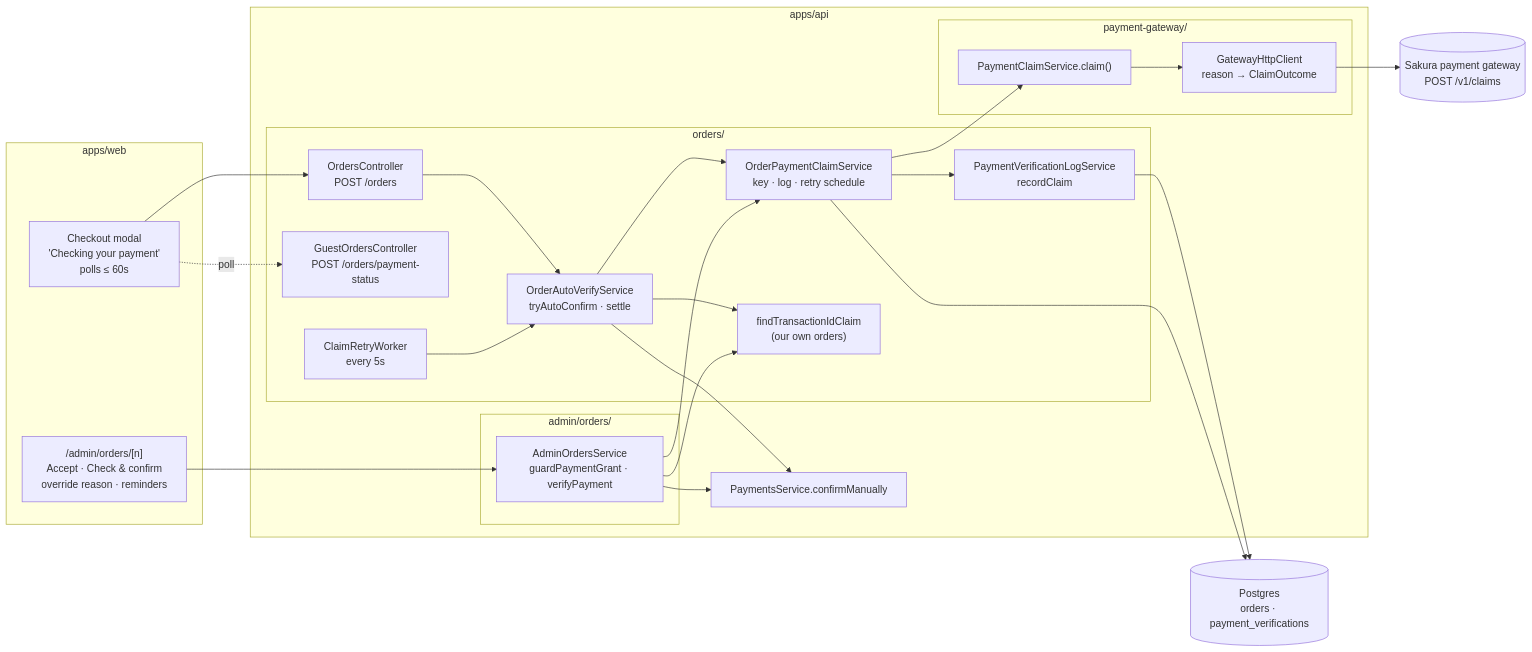
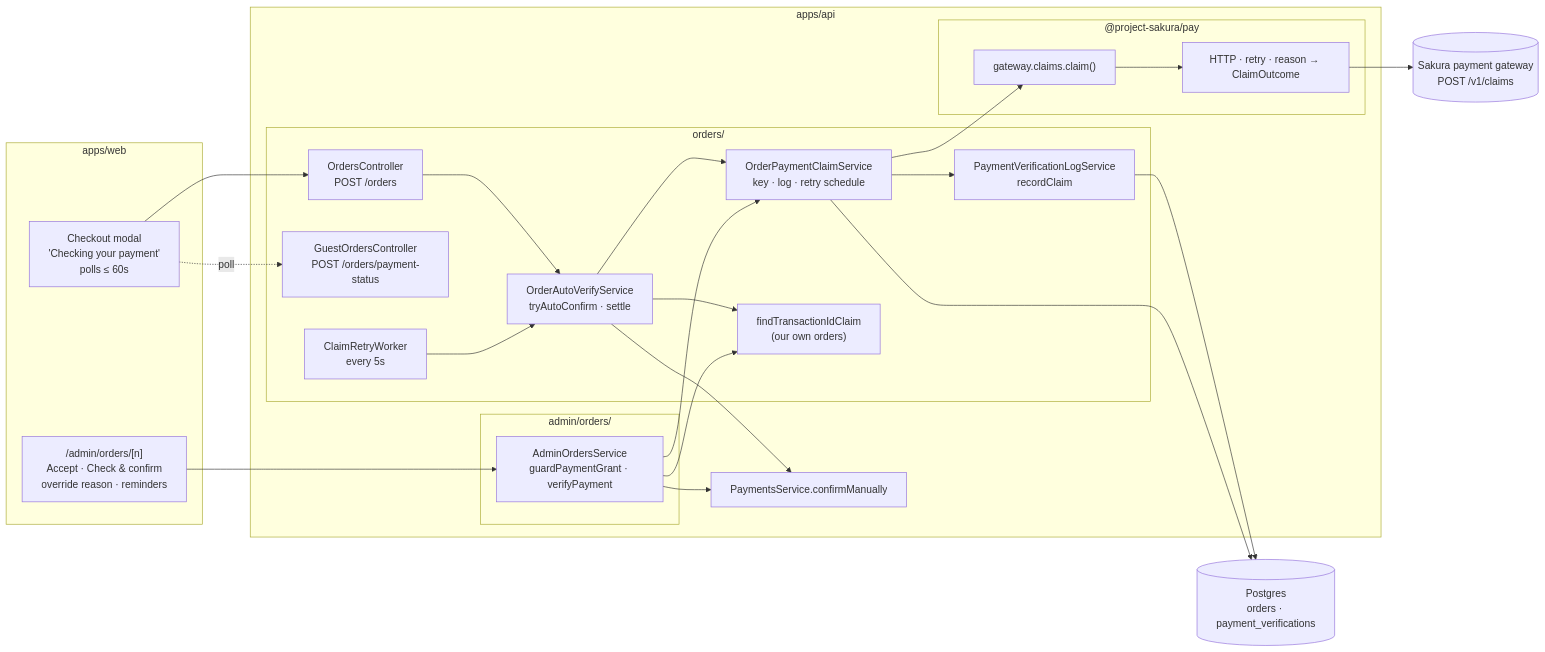
One commit to mrahmann0010/Sakura-Book changed the first of 2 diagrams in docs/payment-gateway-claims.md. Above: the diagram before and after it, drawn with Mermaid. The commit also changed other lines of this file and 29 other files, not shown here.

First line of the commit message:
Replace the in-house gateway client with @project-sakura/pay

````diff
--- a/docs/payment-gateway-claims.md
+++ b/docs/payment-gateway-claims.md
@@ -33,44 +33,44 @@
 ```mermaid
 flowchart LR
   subgraph web["apps/web"]
     Modal["Checkout modal<br/>'Checking your payment'<br/>polls ≤ 60s"]
     AdminPage["/admin/orders/[n]<br/>Accept · Check & confirm<br/>override reason · reminders"]
   end
 
   subgraph api["apps/api"]
     subgraph orders["orders/"]
       Ctl["OrdersController<br/>POST /orders"]
       Status["GuestOrdersController<br/>POST /orders/payment-status"]
       Auto["OrderAutoVerifyService<br/>tryAutoConfirm · settle"]
       Worker["ClaimRetryWorker<br/>every 5s"]
       OrderClaims["OrderPaymentClaimService<br/>key · log · retry schedule"]
       Log["PaymentVerificationLogService<br/>recordClaim"]
       Local["findTransactionIdClaim<br/>(our own orders)"]
     end
     subgraph admin["admin/orders/"]
       AdminSvc["AdminOrdersService<br/>guardPaymentGrant · verifyPayment"]
     end
-    subgraph gw["payment-gateway/"]
-      ClaimSvc["PaymentClaimService.claim()"]
-      Http["GatewayHttpClient<br/>reason → ClaimOutcome"]
+    subgraph gw["@project-sakura/pay"]
+      ClaimSvc["gateway.claims.claim()"]
+      Http["HTTP · retry · reason → ClaimOutcome"]
     end
     Payments["PaymentsService.confirmManually"]
   end
 
   Gateway[("Sakura payment gateway<br/>POST /v1/claims")]
   DB[("Postgres<br/>orders · payment_verifications")]
 
   Modal --> Ctl --> Auto
   Modal -. poll .-> Status
   Worker --> Auto
   AdminPage --> AdminSvc
   Auto --> Local
   Auto --> OrderClaims
   AdminSvc --> Local
   AdminSvc --> OrderClaims
   OrderClaims --> ClaimSvc --> Http --> Gateway
   OrderClaims --> Log --> DB
   OrderClaims --> DB
   Auto --> Payments
   AdminSvc --> Payments
 ```
````
